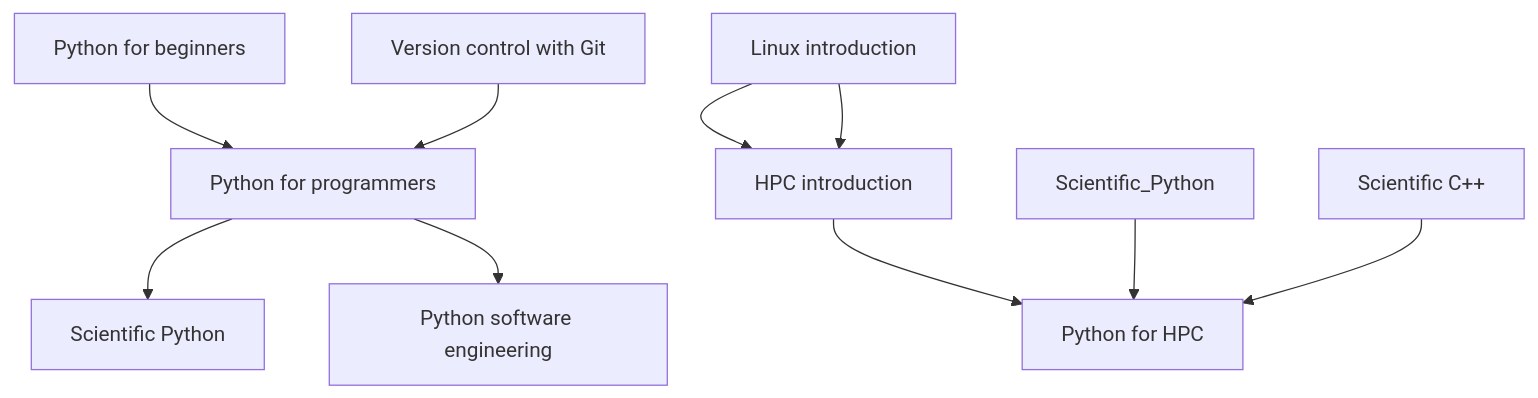
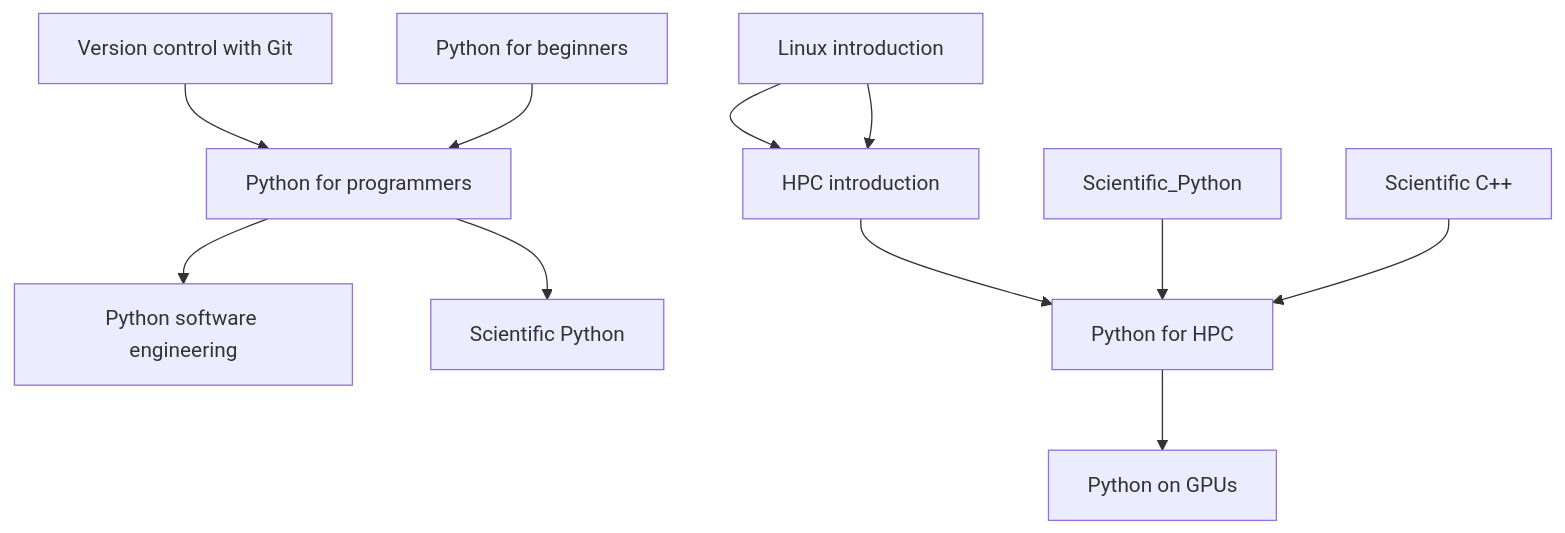
Before and after one commit to gjbex/Training-sessions: the diagram in docs/learning_path_developing_python_hpc_applications.md, drawn with Mermaid. The commit also changed other lines of this file, not shown here.

Commit message:
Add Python on GPUs to the path

````diff
--- a/docs/learning_path_developing_python_hpc_applications.md
+++ b/docs/learning_path_developing_python_hpc_applications.md
@@ -7,21 +7,23 @@
 ```mermaid
 graph TD
   Python_for_beginners[Python for beginners] --> Python_for_programmers[Python for programmers]
   Version_control_with_git[Version control with Git] --> Python_for_programmers
   Linux_intro[Linux introduction] --> HPC_intro[HPC introduction]
   Python_for_programmers --> Scientific_python[Scientific Python]
   Linux_intro[Linux introduction] --> HPC_intro[HPC introduction]
   HPC_intro --> Python_for_HPC[Python for HPC]
   Python_for_programmers --> Python_software_engineering[Python software engineering]
   Scientific_Python --> Python_for_HPC[Python for HPC]
   Scientific_Cpp[Scientific C++] --> Python_for_HPC
+  Python_for_HPC --> Python_on_GPUs[Python on GPUs]
   click Version_control_with_git "https://gjbex.github.io/Version-control-with-git" "Version control with Git"
   click Linux_intro "https://gjbex.github.io/Training-sessions/linux_intro" "Linux introduction"
   click HPC_intro "https://gjbex.github.io/Training-sessions/hpc_intro" "HPC introduction"
   click Python_for_beginners "https://gjbex.github.io/Python-for-beginners/" "Python for beginners"
   click Python_for_programmers "https://gjbex.github.io/Python-for-programmers/" "Python for programmers"
   click Python_software_engineering "https://gjbex.github.io/Python-software-engineering/" "Python software engineering"
   click Scientific_Python "https://gjbex.github.io/Scientific-Python/" "Scientific Python"
   click Python_for_HPC "https://gjbex.github.io/Python-for-HPC/" "Python for HPC"
   click Scientific_Cpp "https://gjbex.github.io/Scientific-C-plus-plus/" "Scientific C++"
+  click Python_on_GPUs "https://gjbex.github.io/Python-on-GPUs/" "Python on GPUs"
 ```
````
